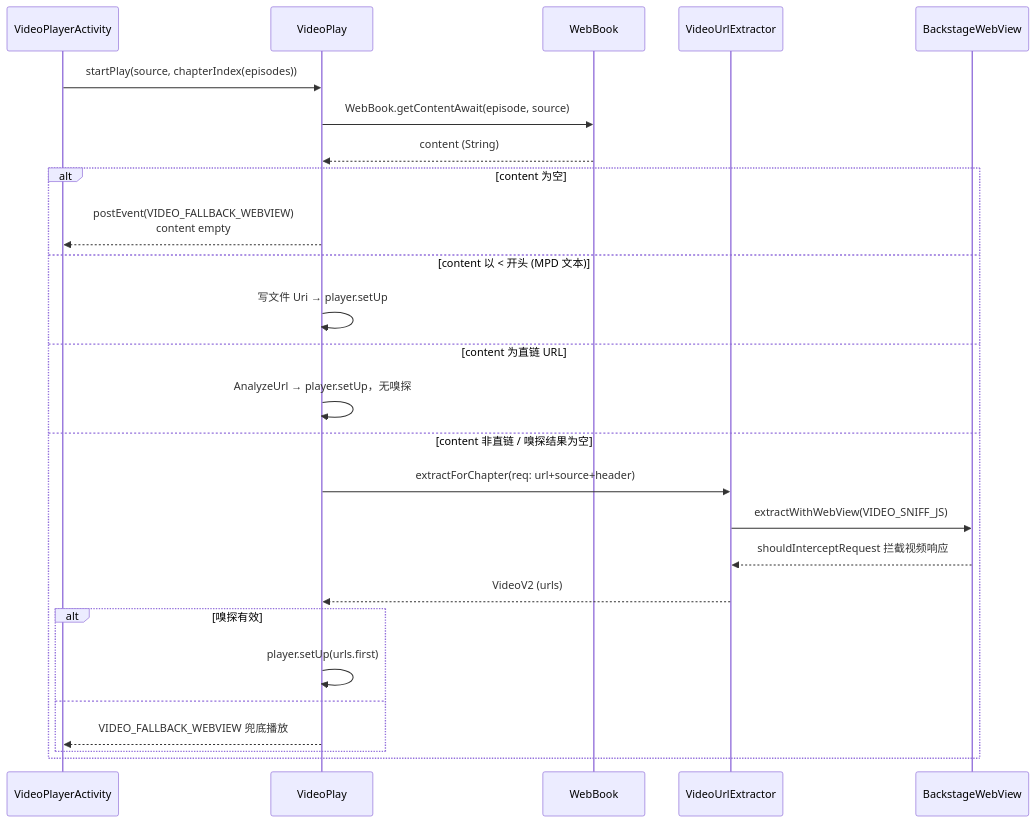
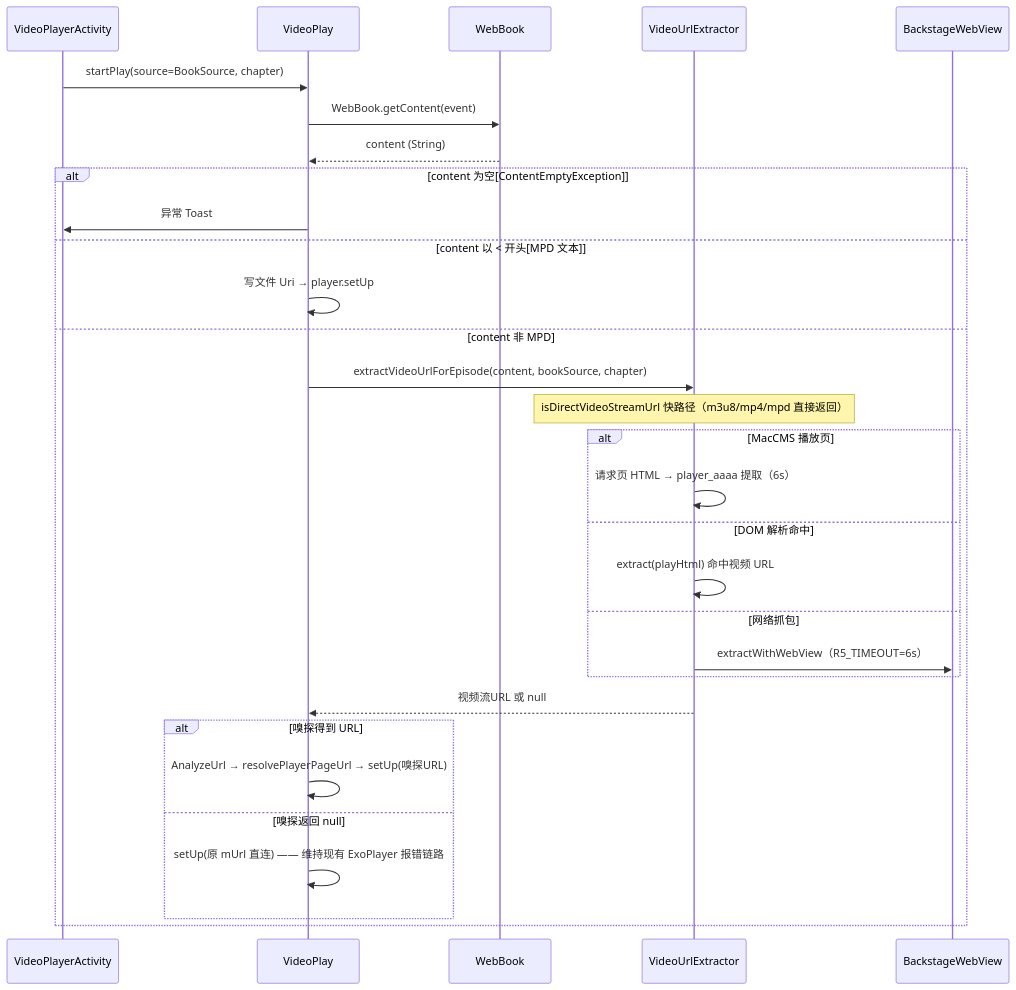
The second of 3 diagrams in docs/specs/sniff-migration-booksource/design.md (legado-backup/legado-m), drawn with Mermaid before and after one commit. The commit also changed other lines of this file and 12 other files, not shown here.

````diff
--- a/docs/specs/sniff-migration-booksource/design.md
+++ b/docs/specs/sniff-migration-booksource/design.md
@@ -244,29 +269,33 @@
 ```mermaid
 sequenceDiagram
     participant UI as VideoPlayerActivity
     participant VP as VideoPlay
     participant WB as WebBook
     participant R5 as VideoUrlExtractor
     participant W as BackstageWebView
 
-    UI->>VP: startPlay(source, chapterIndex(episodes))
-    VP->>WB: WebBook.getContentAwait(episode, source)
+    UI->>VP: startPlay(source=BookSource, chapter)
+    VP->>WB: WebBook.getContent(event)
     WB-->>VP: content (String)
-    alt content 为空
-        VP-->>UI: postEvent(VIDEO_FALLBACK_WEBVIEW)<br/>content empty
-    else content 以 < 开头 (MPD 文本)
+    alt content 为空[ContentEmptyException]
+        VP->>UI: 异常 Toast
+    else content 以 < 开头[MPD 文本]
         VP->>VP: 写文件 Uri → player.setUp
-    else content 为直链 URL
-        VP->>VP: AnalyzeUrl → player.setUp，无嗅探
-    else content 非直链 / 嗅探结果为空
-        VP->>R5: extractForChapter(req: url+source+header)
-        R5->>W: extractWithWebView(VIDEO_SNIFF_JS)
-        W-->>R5: shouldInterceptRequest 拦截视频响应
-        R5-->>VP: VideoV2 (urls)
-        alt 嗅探有效
-            VP->>VP: player.setUp(urls.first)
-        else
-            VP-->>UI: VIDEO_FALLBACK_WEBVIEW 兜底播放
+    else content 非 MPD
+        VP->>R5: extractVideoUrlForEpisode(content, bookSource, chapter)
+        Note over R5: isDirectVideoStreamUrl 快路径（m3u8/mp4/mpd 直接返回）
+        alt MacCMS 播放页
+            R5->>R5: 请求页 HTML → player_aaaa 提取（6s）
+        else DOM 解析命中
+            R5->>R5: extract(playHtml) 命中视频 URL
+        else 网络抓包
+            R5->>W: extractWithWebView（R5_TIMEOUT=6s）
+        end
+        R5-->>VP: 视频流URL 或 null
+        alt 嗅探得到 URL
+            VP->>VP: AnalyzeUrl → resolvePlayerPageUrl → setUp(嗅探URL)
+        else 嗅探返回 null
+            VP->>VP: setUp(原 mUrl 直连) —— 维持现有 ExoPlayer 报错链路
         end
     end
 ```
````
